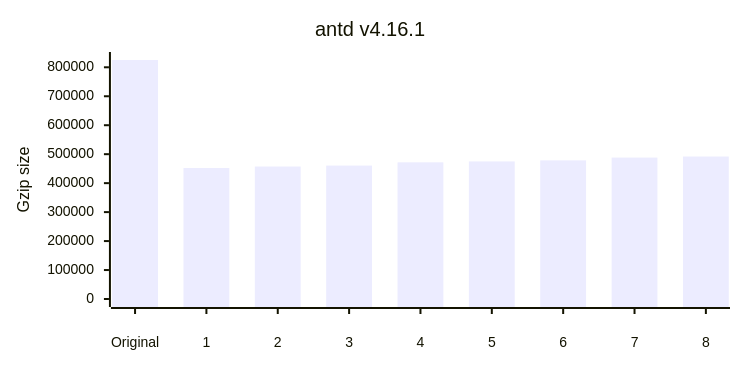
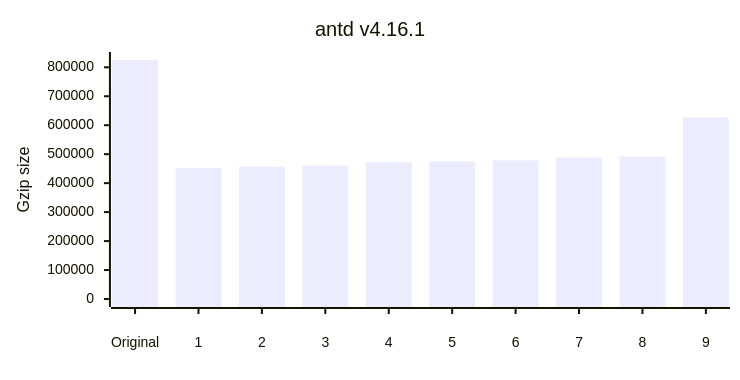
Before and after one commit to privatenumber/minification-benchmarks: diagram 11 of 12 in README.md, drawn with Mermaid. The commit also changed other lines of this file and 5 other files, not shown here.

````diff
--- a/README.md
+++ b/README.md
@@ -477,17 +477,17 @@
 ```mermaid
 ---
 config:
     xyChart:
         width: 720
         height: 360
         xAxis:
             labelPadding: 20
         yAxis:
             labelPadding: 10
 ---
 xychart-beta
 	title "antd v4.16.1"
-	x-axis ["Original",1,2,3,4,5,6,7,8]
+	x-axis ["Original",1,2,3,4,5,6,7,8,9]
 	y-axis "Gzip size" 0 --> 825175
-	bar [825175,452400,457352,460602,471791,474973,478572,488279,491833]
+	bar [825175,452400,457352,460602,471791,474973,478572,488279,491833,626675]
 ```
````
